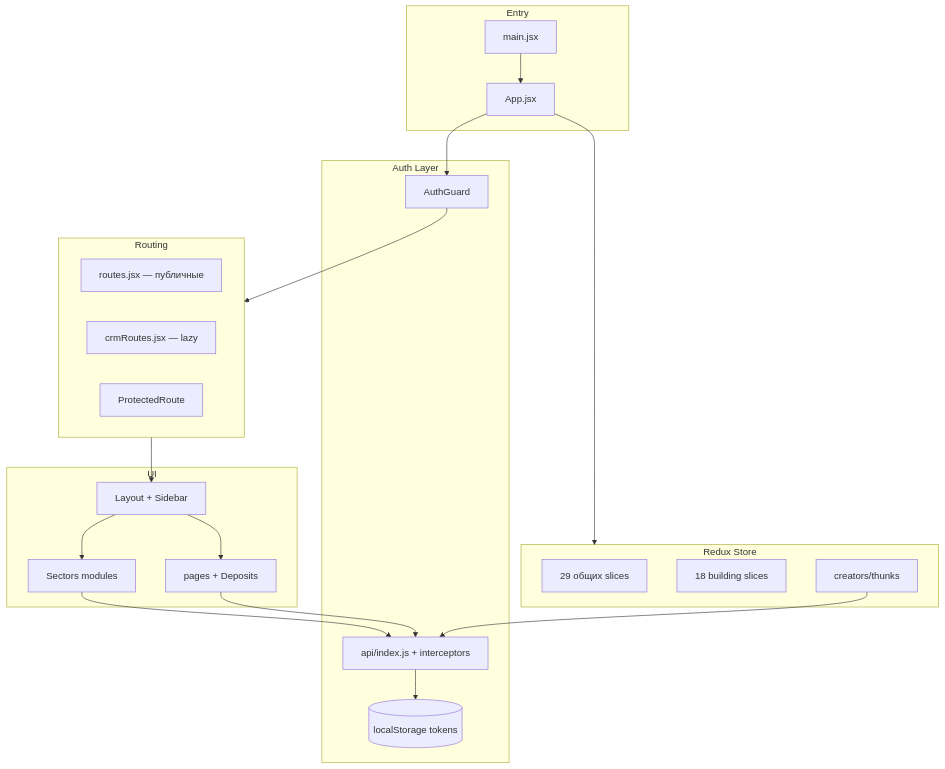
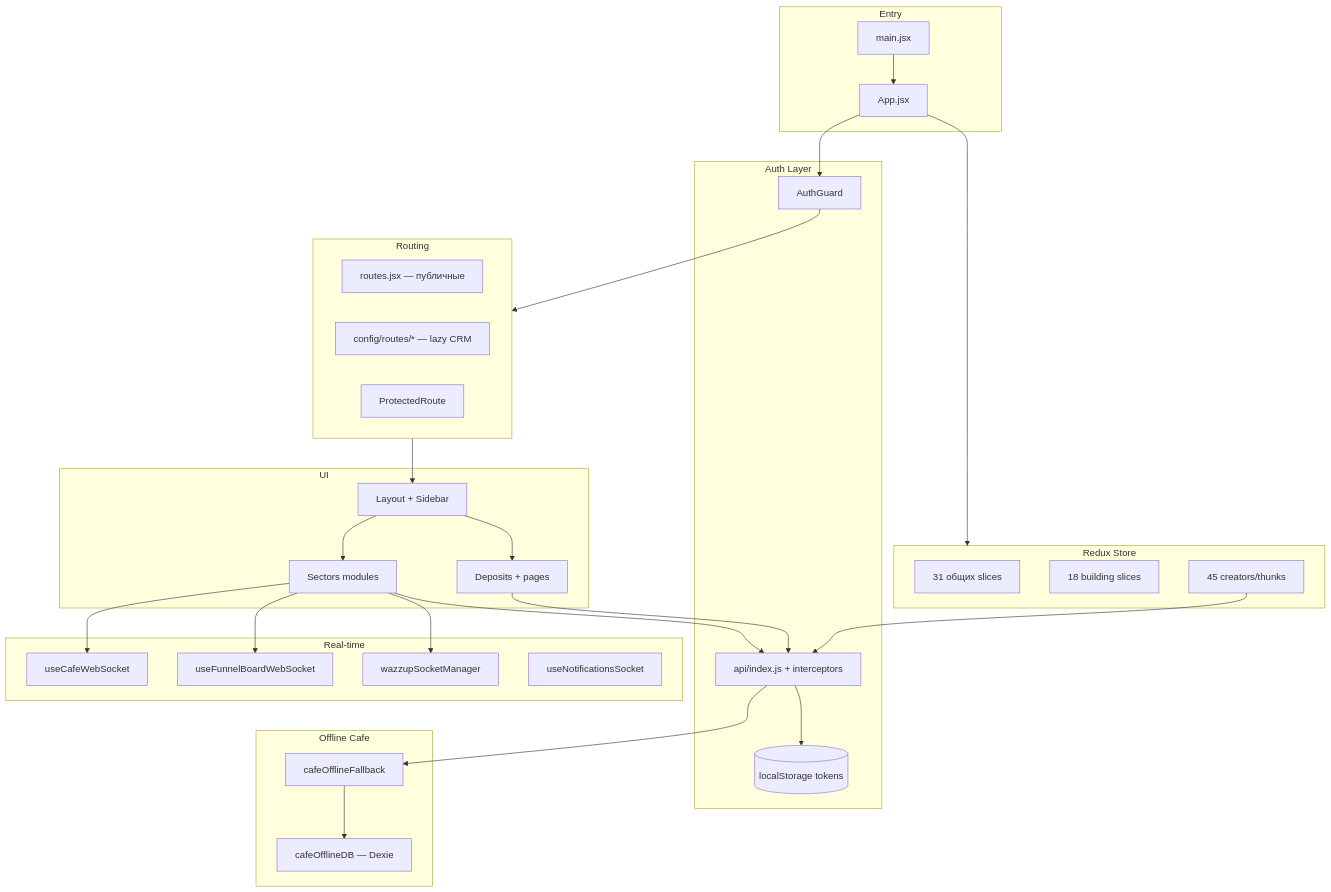
One commit to undef1ned7/Nur changed the diagram in PROJECT_DOCUMENTATION.md. Above: the diagram before and after it, drawn with Mermaid. The commit also changed other lines of this file and 42 other files, not shown here.

````diff
--- a/PROJECT_DOCUMENTATION.md
+++ b/PROJECT_DOCUMENTATION.md
@@ -194,43 +222,60 @@
 ```mermaid
 flowchart TB
     subgraph entry [Entry]
         main[main.jsx]
         app[App.jsx]
     end
 
     subgraph auth [Auth Layer]
         guard[AuthGuard]
         axios[api/index.js + interceptors]
         ls[(localStorage tokens)]
     end
 
     subgraph routing [Routing]
         public[routes.jsx — публичные]
-        crm[crmRoutes.jsx — lazy]
+        crm[config/routes/* — lazy CRM]
         protected[ProtectedRoute]
     end
 
     subgraph state [Redux Store]
-        slices[29 общих slices]
+        slices[31 общих slices]
         building[18 building slices]
-        creators[creators/thunks]
+        creators[45 creators/thunks]
+    end
+
+    subgraph realtime [Real-time]
+        wsCafe[useCafeWebSocket]
+        wsFunnel[useFunnelBoardWebSocket]
+        wsWazzup[wazzupSocketManager]
+        wsNotify[useNotificationsSocket]
+    end
+
+    subgraph offline [Offline Cafe]
+        dexie[cafeOfflineDB — Dexie]
+        fallback[cafeOfflineFallback]
     end
 
     subgraph ui [UI]
         layout[Layout + Sidebar]
         sectors[Sectors modules]
-        pages[pages + Deposits]
+        deposits[Deposits + pages]
     end
 
     main --> app
     app --> guard
     guard --> routing
     routing --> layout
     layout --> sectors
-    layout --> pages
+    layout --> deposits
     sectors --> axios
-    pages --> axios
+    deposits --> axios
     creators --> axios
     axios --> ls
+    axios --> fallback
+    fallback --> dexie
     app --> state
+    sectors --> wsCafe
+    sectors --> wsFunnel
+    sectors --> wsWazzup
 ```
````
